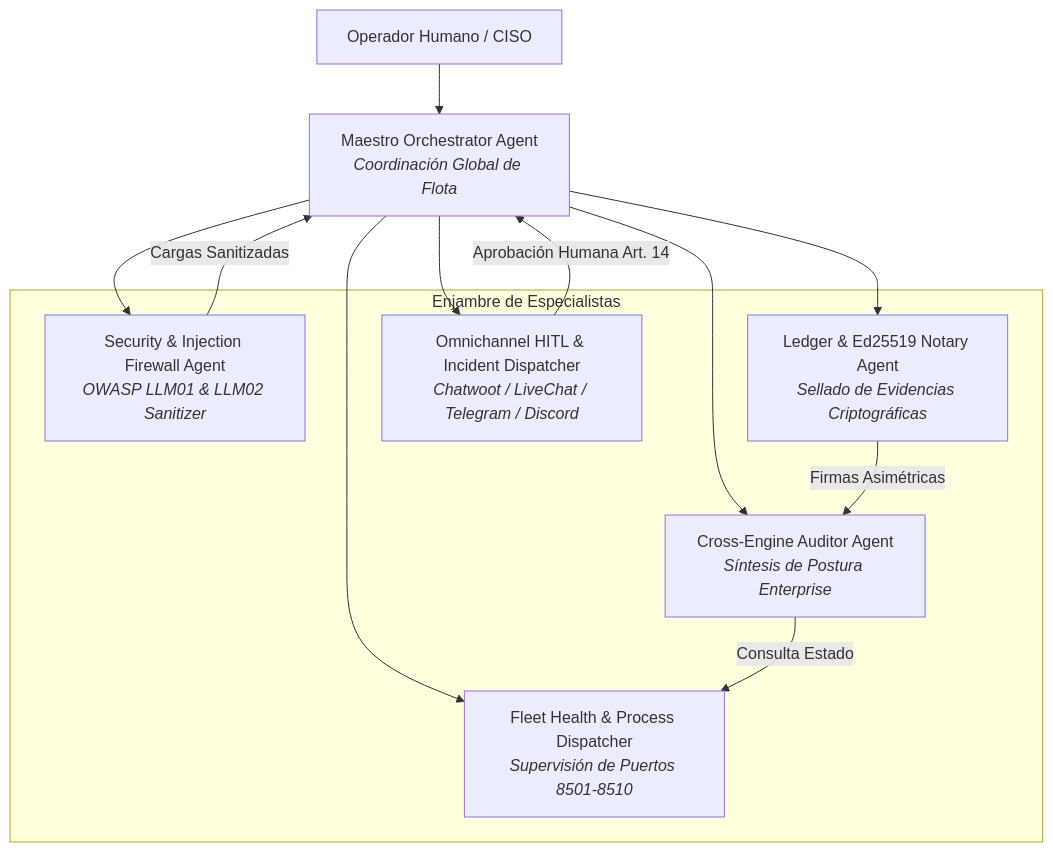
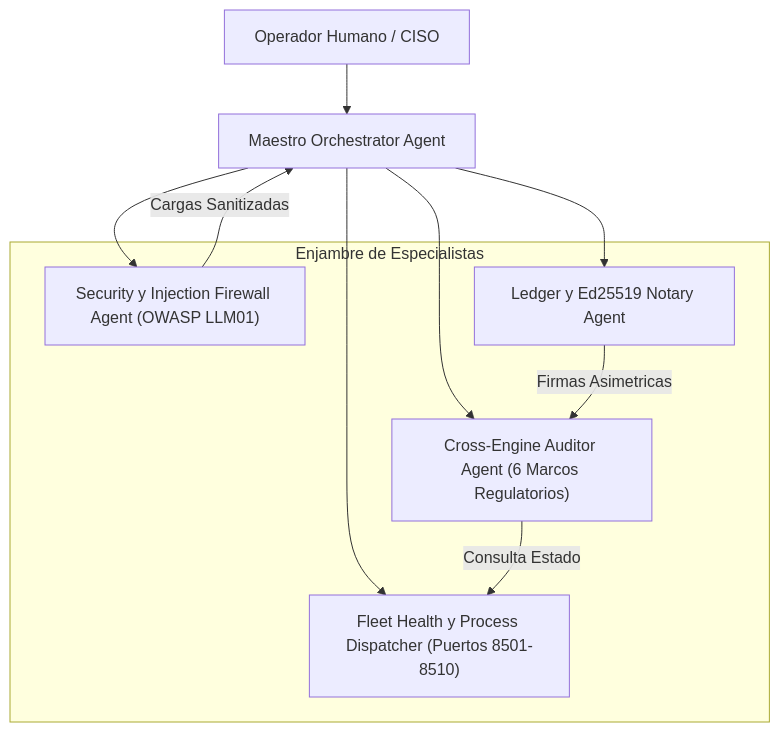
One commit to Tardigrado-76/Capgemini changed the diagram in QGRADE_OS Iwan reference/AGENTS.md. Above: the diagram before and after it, drawn with Mermaid. The commit also changed other lines of this file, not shown here.

````diff
--- a/QGRADE_OS Iwan reference/AGENTS.md
+++ b/QGRADE_OS Iwan reference/AGENTS.md
@@ -12,23 +15,20 @@
 ```mermaid
 graph TD
-    User["Operador Humano / CISO"] --> Maestro["Maestro Orchestrator Agent<br/><i>Coordinación Global de Flota</i>"]
+    User["Operador Humano / CISO"] --> Maestro["Maestro Orchestrator Agent"]
     
     subgraph Swarm ["Enjambre de Especialistas"]
-        Sentinel["Security & Injection Firewall Agent<br/><i>OWASP LLM01 & LLM02 Sanitizer</i>"]
-        Auditor["Cross-Engine Auditor Agent<br/><i>Síntesis de Postura Enterprise</i>"]
-        Crypto["Ledger & Ed25519 Notary Agent<br/><i>Sellado de Evidencias Criptográficas</i>"]
-        Dispatcher["Fleet Health & Process Dispatcher<br/><i>Supervisión de Puertos 8501-8510</i>"]
-        HITL["Omnichannel HITL & Incident Dispatcher<br/><i>Chatwoot / LiveChat / Telegram / Discord</i>"]
+        Sentinel["Security y Injection Firewall Agent (OWASP LLM01)"]
+        Auditor["Cross-Engine Auditor Agent (6 Marcos Regulatorios)"]
+        Crypto["Ledger y Ed25519 Notary Agent"]
+        Dispatcher["Fleet Health y Process Dispatcher (Puertos 8501-8510)"]
     end
 
     Maestro --> Sentinel
     Maestro --> Auditor
     Maestro --> Crypto
     Maestro --> Dispatcher
-    Maestro --> HITL
 
     Auditor -->|Consulta Estado| Dispatcher
     Sentinel -->|Cargas Sanitizadas| Maestro
-    Crypto -->|Firmas Asimétricas| Auditor
-    HITL -->|Aprobación Humana Art. 14| Maestro
+    Crypto -->|Firmas Asimetricas| Auditor
 ```
````
